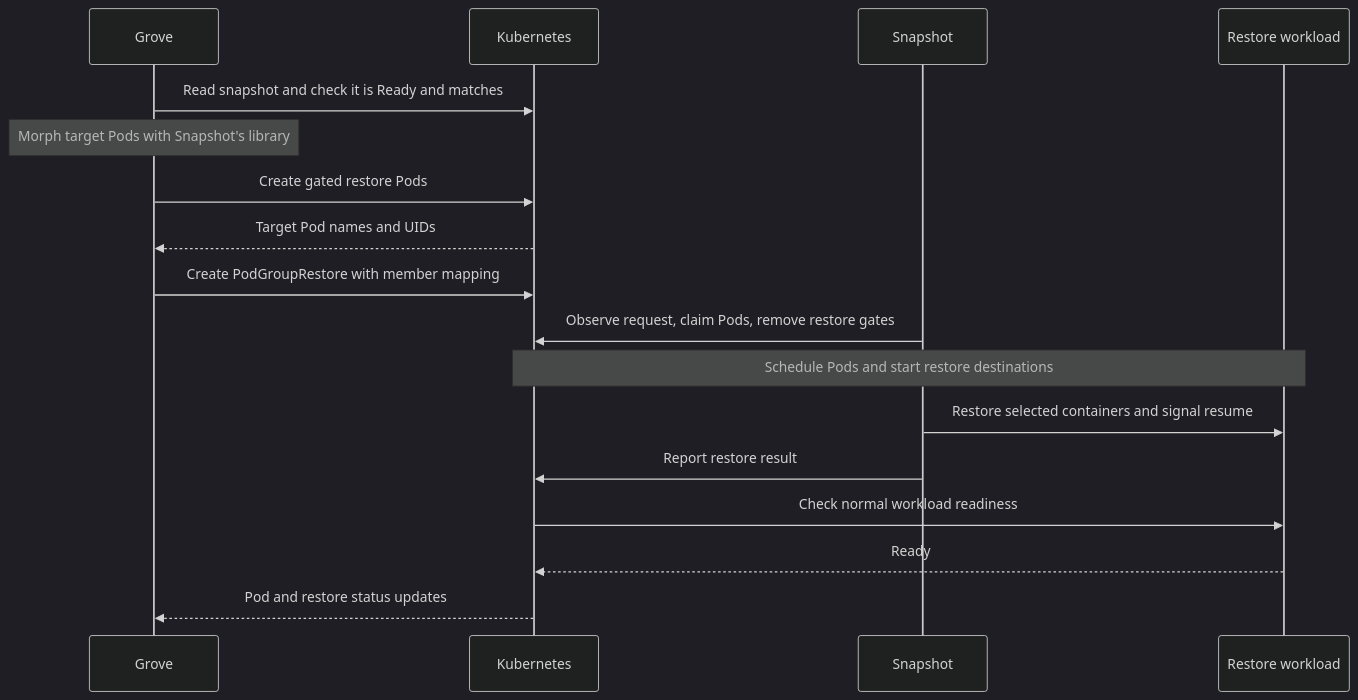
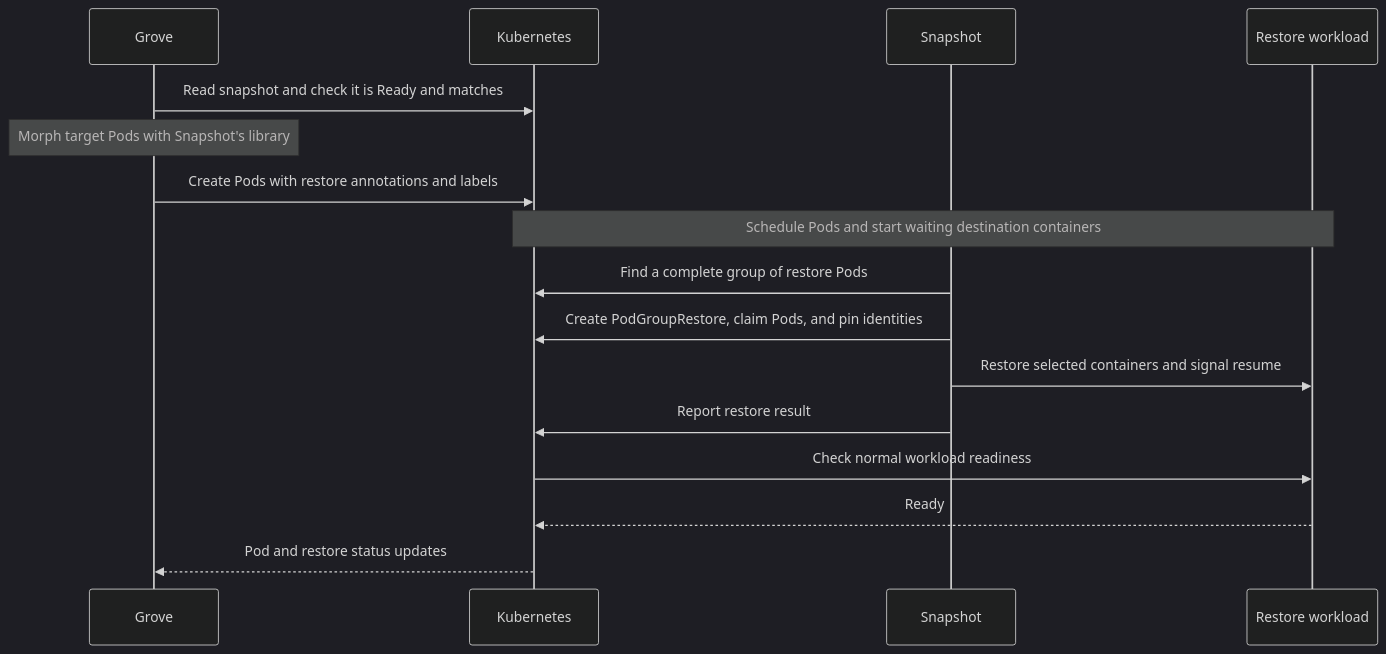
One commit to ai-dynamo/grove changed the second of 2 diagrams in docs/proposals/1020-snapshot-capture-restore/README.md. Above: the diagram before and after it, drawn with Mermaid (dark theme). The commit also changed other lines of this file, not shown here.

Commit message:
docs: align GREP-1020 with updated Snapshot restore flow

````diff
--- a/docs/proposals/1020-snapshot-capture-restore/README.md
+++ b/docs/proposals/1020-snapshot-capture-restore/README.md
@@ -264,19 +276,18 @@
 ```mermaid
 sequenceDiagram
     participant G as Grove
     participant K as Kubernetes
     participant S as Snapshot
     participant W as Restore workload
     G->>K: Read snapshot and check it is Ready and matches
     Note over G: Morph target Pods with Snapshot's library
-    G->>K: Create gated restore Pods
-    K-->>G: Target Pod names and UIDs
-    G->>K: Create PodGroupRestore with member mapping
-    S->>K: Observe request, claim Pods, remove restore gates
-    Note over K,W: Schedule Pods and start restore destinations
+    G->>K: Create Pods with restore annotations and labels
+    Note over K,W: Schedule Pods and start waiting destination containers
+    S->>K: Find a complete group of restore Pods
+    S->>K: Create PodGroupRestore, claim Pods, and pin identities
     S->>W: Restore selected containers and signal resume
     S->>K: Report restore result
     K->>W: Check normal workload readiness
     W-->>K: Ready
     K-->>G: Pod and restore status updates
 ```
````
